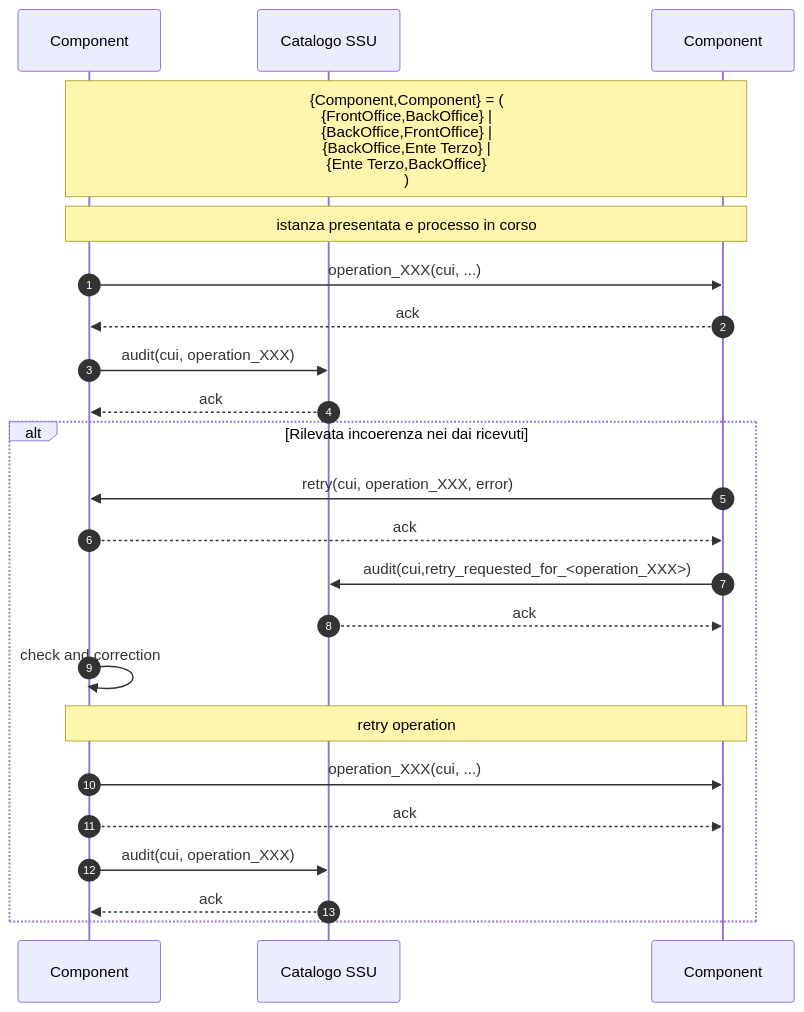
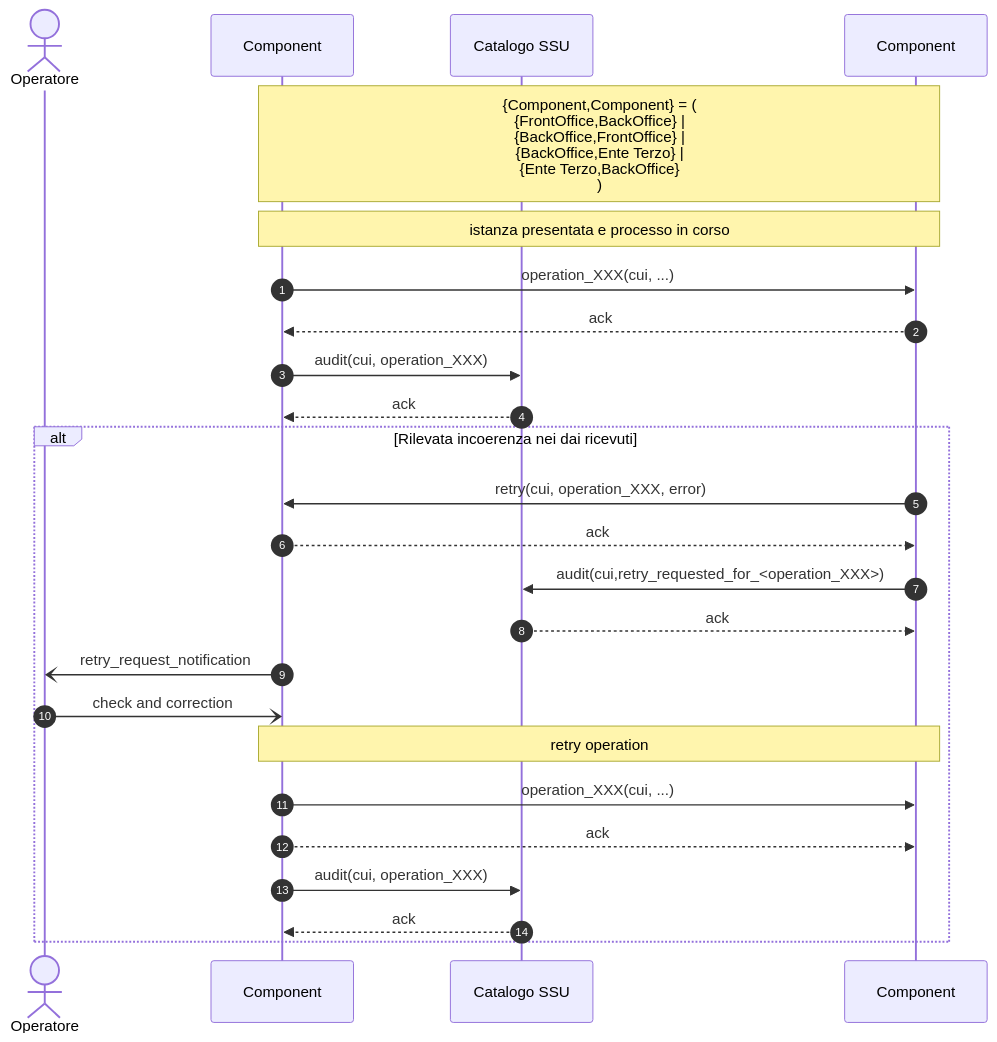
Before and after one commit to AgID/suap-gt-specifiche: the diagram in to_interoperabilita/sequence-diagram/Retry-001.mermaid, drawn with Mermaid. The commit also changed 4 other files, not shown here.

Commit message:
fix bug on seq diagram

```diff
--- a/to_interoperabilita/sequence-diagram/Retry-001.mermaid
+++ b/to_interoperabilita/sequence-diagram/Retry-001.mermaid
@@ -1,35 +1,37 @@
 sequenceDiagram
     autonumber
       
+    actor O as Operatore  
     participant A as Component 
     participant C as Catalogo SSU 
     participant B as Component  
 
    
     Note over A,B: {Component,Component} = (<br/>{FrontOffice,BackOffice} |<br/> {BackOffice,FrontOffice} |<br/> {BackOffice,Ente Terzo} | <br/>{Ente Terzo,BackOffice}<br/>)
 
    
     Note over A,B: istanza presentata e processo in corso
 
     A->> B: operation_XXX(cui, ...)
     B -->> A: ack
 
     A->> C: audit(cui, operation_XXX)
     C -->> A: ack
 
     alt Rilevata incoerenza nei dai ricevuti
         B->> A: retry(cui, operation_XXX, error)
         A -->> B: ack
 
         B->> C: audit(cui,retry_requested_for_<operation_XXX>)
         C -->> B: ack
 
-        A->>A: check and correction
+        A -) O: retry_request_notification
+        O-) A: check and correction
         note over A,B: retry operation
         A->> B: operation_XXX(cui, ...)
         A -->> B: ack
 
         A->> C: audit(cui, operation_XXX)
         C -->> A: ack
 
     end
```
